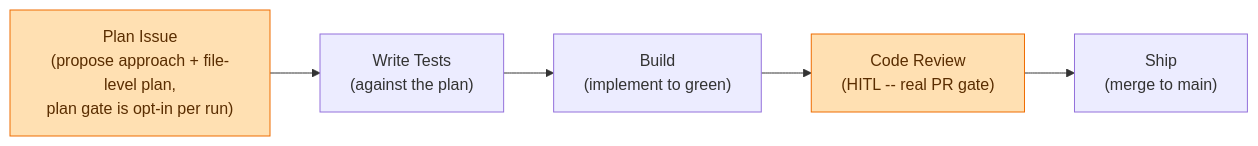
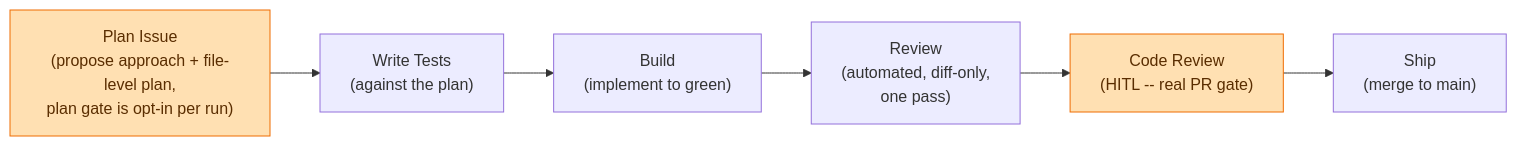
The second of 2 diagrams in _workflow/coding-workflow.md (njrenaissance/project-templates), drawn with Mermaid before and after one commit. The commit also changed other lines of this file and 3 other files, not shown here.

First line of the commit message:
feat(_workflow): add automated diff-only review pass to Inner Loop

````diff
--- a/_workflow/coding-workflow.md
+++ b/_workflow/coding-workflow.md
@@ -32,8 +32,8 @@
 ```mermaid
 flowchart LR
-    PI["Plan Issue<br/>(propose approach + file-level plan,<br/>plan gate is opt-in per run)"] --> WT["Write Tests<br/>(against the plan)"] --> BU["Build<br/>(implement to green)"] --> CR["Code Review<br/>(HITL -- real PR gate)"] --> SH["Ship<br/>(merge to main)"]
+    PI["Plan Issue<br/>(propose approach + file-level plan,<br/>plan gate is opt-in per run)"] --> WT["Write Tests<br/>(against the plan)"] --> BU["Build<br/>(implement to green)"] --> RV["Review<br/>(automated, diff-only,<br/>one pass)"] --> CR["Code Review<br/>(HITL -- real PR gate)"] --> SH["Ship<br/>(merge to main)"]
 
     classDef hitl fill:#ffe0b2,stroke:#ef6c00,color:#5a2d00;
 
     class PI,CR hitl;
 ```
````
